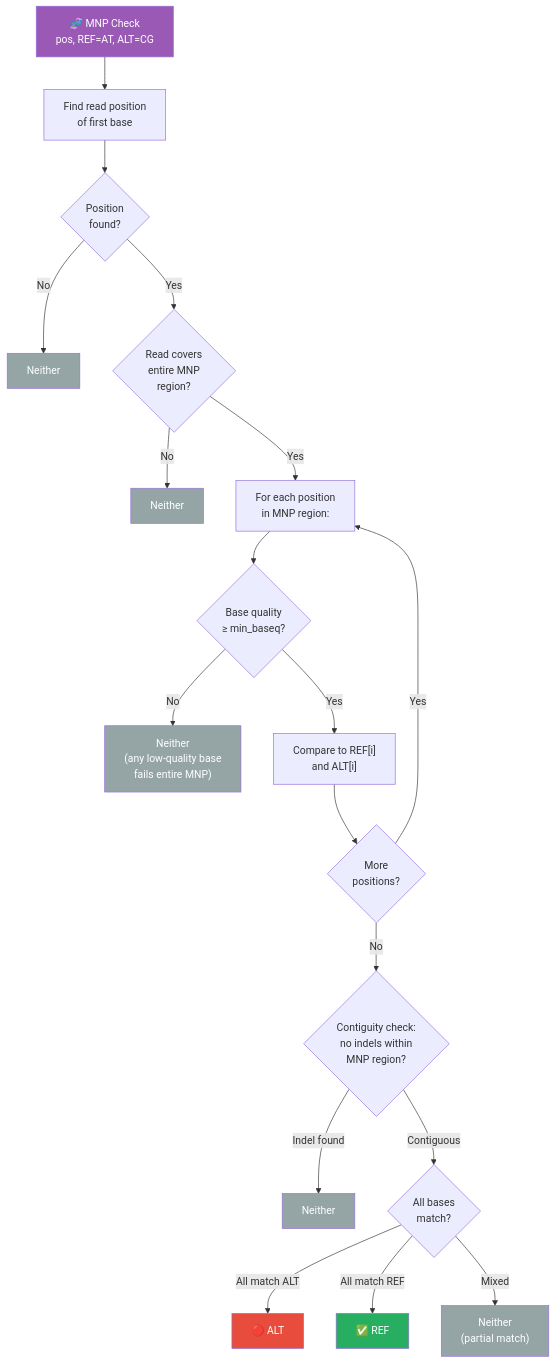
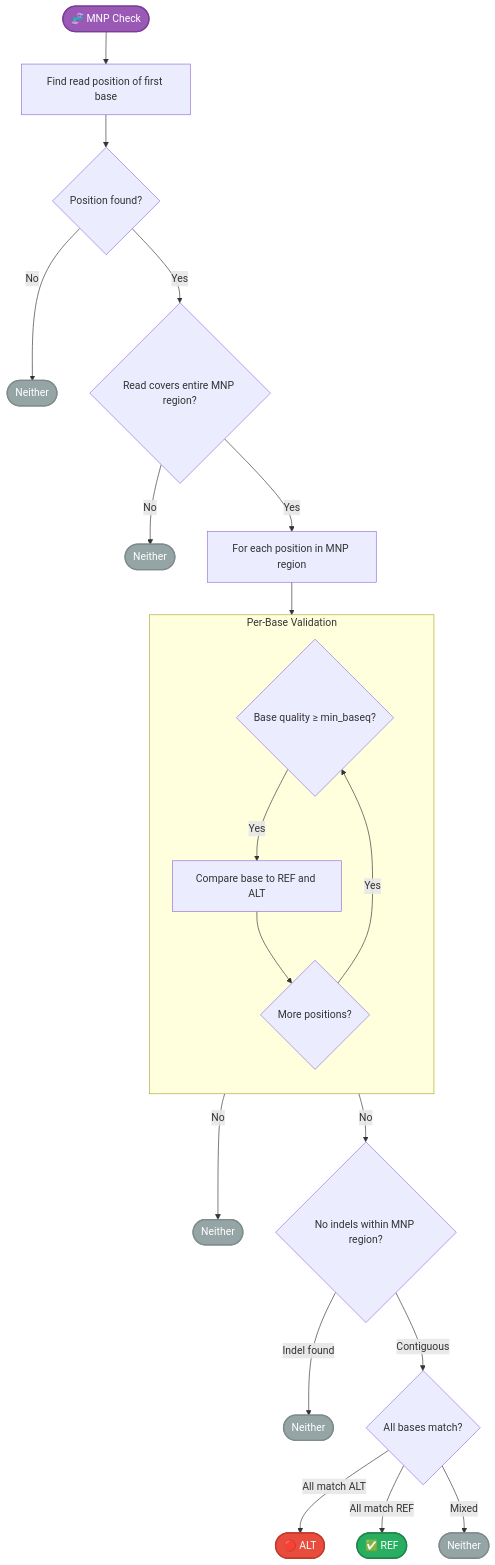
The sixth of 10 diagrams in docs/reference/variant-counting.md (msk-access/py-gbcms), drawn with Mermaid before and after one commit. The commit also changed other lines of this file and 2 other files, not shown here.

````diff
--- a/docs/reference/variant-counting.md
+++ b/docs/reference/variant-counting.md
@@ -275,29 +292,34 @@
 ```mermaid
 flowchart TD
-    Start["🧬 MNP Check\npos, REF=AT, ALT=CG"] --> Find["Find read position\nof first base"]
-    Find --> Found{"Position\nfound?"}
-    Found -->|No| Neither["Neither"]
-    Found -->|Yes| Cover{"Read covers\nentire MNP\nregion?"}
-    Cover -->|No| Neither2["Neither"]
-    Cover -->|Yes| Loop["For each position\nin MNP region:"]
-    Loop --> BQ{"Base quality\n≥ min_baseq?"}
-    BQ -->|No| Neither3["Neither\n(any low-quality base\nfails entire MNP)"]
-    BQ -->|Yes| Track["Compare to REF[i]\nand ALT[i]"]
-    Track --> More{"More\npositions?"}
-    More -->|Yes| Loop
-    More -->|No| Contig{"Contiguity check:\nno indels within\nMNP region?"}
-    Contig -->|"Indel found"| Neither4["Neither"]
-    Contig -->|"Contiguous"| Final{"All bases\nmatch?"}
-    Final -->|"All match ALT"| Alt["🔴 ALT"]
-    Final -->|"All match REF"| Ref["✅ REF"]
-    Final -->|"Mixed"| Neither5["Neither\n(partial match)"]
+    Start([🧬 MNP Check]):::start --> Find[Find read position of first base]
+    Find --> Found{Position found?}
+    Found -->|No| Neither1([Neither]):::neither
+    Found -->|Yes| Cover{Read covers entire MNP region?}
+    Cover -->|No| Neither2([Neither]):::neither
+    Cover -->|Yes| Loop[For each position in MNP region]
 
-    style Start fill:#9b59b6,color:#fff
-    style Ref fill:#27ae60,color:#fff
-    style Alt fill:#e74c3c,color:#fff
-    style Neither fill:#95a5a6,color:#fff
-    style Neither2 fill:#95a5a6,color:#fff
-    style Neither3 fill:#95a5a6,color:#fff
-    style Neither4 fill:#95a5a6,color:#fff
-    style Neither5 fill:#95a5a6,color:#fff
+    subgraph PerBase [Per-Base Validation]
+        direction TB
+        BQ{Base quality ≥ min_baseq?}
+        Track[Compare base to REF and ALT]
+        More{More positions?}
+    end
+
+    Loop --> BQ
+    BQ -->|No| Neither3([Neither]):::neither
+    BQ -->|Yes| Track
+    Track --> More
+    More -->|Yes| BQ
+    More -->|No| Contig{No indels within MNP region?}
+
+    Contig -->|Indel found| Neither4([Neither]):::neither
+    Contig -->|Contiguous| Final{All bases match?}
+    Final -->|All match ALT| Alt([🔴 ALT]):::alt
+    Final -->|All match REF| Ref([✅ REF]):::ref
+    Final -->|Mixed| Neither5([Neither]):::neither
+
+    classDef start fill:#9b59b6,color:#fff,stroke:#7d3c98,stroke-width:2px;
+    classDef ref fill:#27ae60,color:#fff,stroke:#1e8449,stroke-width:2px;
+    classDef alt fill:#e74c3c,color:#fff,stroke:#c0392b,stroke-width:2px;
+    classDef neither fill:#95a5a6,color:#fff,stroke:#7f8c8d,stroke-width:2px;
 ```
````
